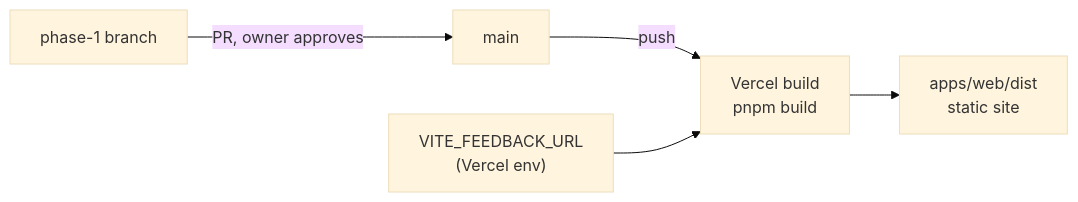
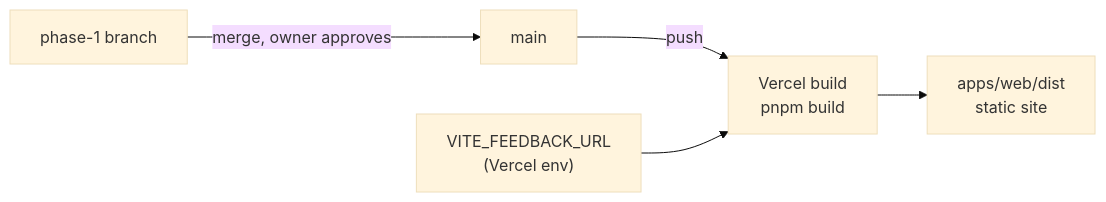
Before and after one commit to hassanshirazi-ls/vault-duel: the fourth of 4 diagrams in docs/DEVELOPER_GUIDE.md, drawn with Mermaid (base theme). The commit also changed other lines of this file and 2 other files, not shown here.

````diff
--- a/docs/DEVELOPER_GUIDE.md
+++ b/docs/DEVELOPER_GUIDE.md
@@ -335,7 +336,7 @@
 ```mermaid
 flowchart LR
-  dev["phase-1 branch"] -->|"PR, owner approves"| main["main"]
+  dev["phase-1 branch"] -->|"merge, owner approves"| main["main"]
   main -->|"push"| vercel["Vercel build<br/>pnpm build"]
   vercel --> dist["apps/web/dist<br/>static site"]
   env["VITE_FEEDBACK_URL<br/>(Vercel env)"] --> vercel
 ```
````
